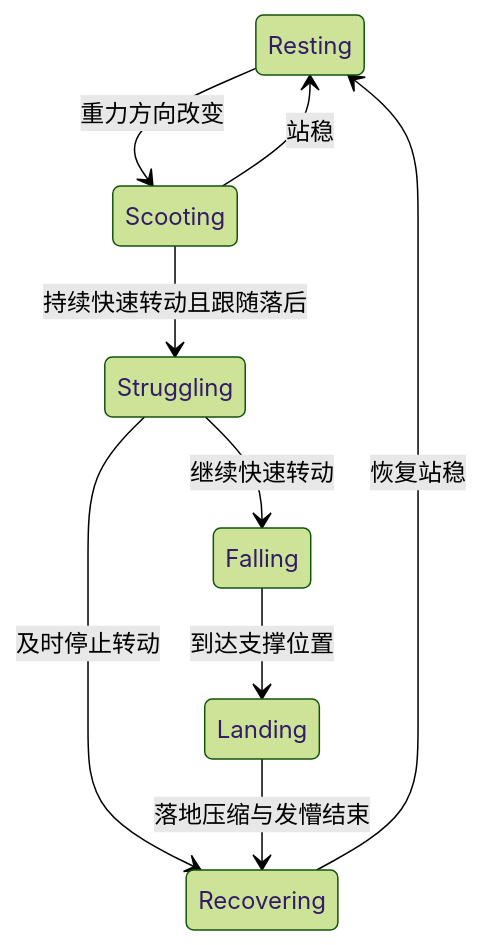
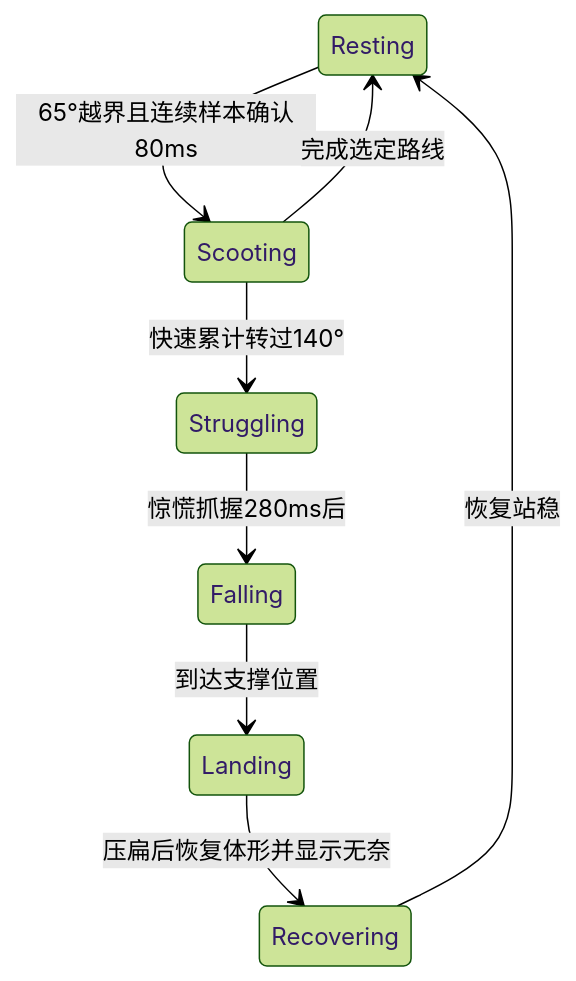
The diagram in crates/os/COMPANION_BALANCE.md (umbrella22/dangoOS), drawn with Mermaid (forest theme) before and after one commit. The commit also changed other lines of this file and 26 other files, not shown here.

````diff
--- a/crates/os/COMPANION_BALANCE.md
+++ b/crates/os/COMPANION_BALANCE.md
@@ -9,11 +9,10 @@
 ```mermaid
 stateDiagram-v2
-    Resting --> Scooting: 重力方向改变
-    Scooting --> Resting: 站稳
-    Scooting --> Struggling: 持续快速转动且跟随落后
-    Struggling --> Recovering: 及时停止转动
-    Struggling --> Falling: 继续快速转动
+    Resting --> Scooting: 65°越界且连续样本确认80ms
+    Scooting --> Resting: 完成选定路线
+    Scooting --> Struggling: 快速累计转过140°
+    Struggling --> Falling: 惊慌抓握280ms后
     Falling --> Landing: 到达支撑位置
-    Landing --> Recovering: 落地压缩与发懵结束
+    Landing --> Recovering: 压扁后恢复体形并显示无奈
     Recovering --> Resting: 恢复站稳
 ```
````
